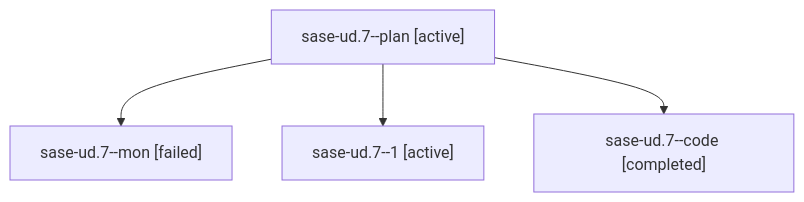
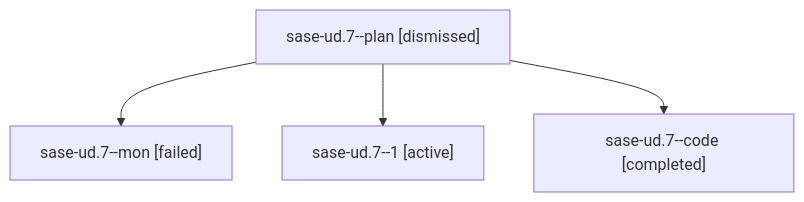
Before and after one commit to sase-org/sase--agents: the diagram in sessions/bbugyi200.athena.sase-ud.7.md, drawn with Mermaid. The commit also changed other lines of this file and 262 other files, not shown here.

````diff
--- a/sessions/bbugyi200.athena.sase-ud.7.md
+++ b/sessions/bbugyi200.athena.sase-ud.7.md
@@ -9,10 +9,10 @@
 ```mermaid
 flowchart TD
-  n0["sase-ud.7--plan [active]"]
+  n0["sase-ud.7--plan [dismissed]"]
   n1["sase-ud.7--mon [failed]"]
   n0 --> n1
   n2["sase-ud.7--1 [active]"]
   n0 --> n2
   n3["sase-ud.7--code [completed]"]
   n0 --> n3
 ```
````
